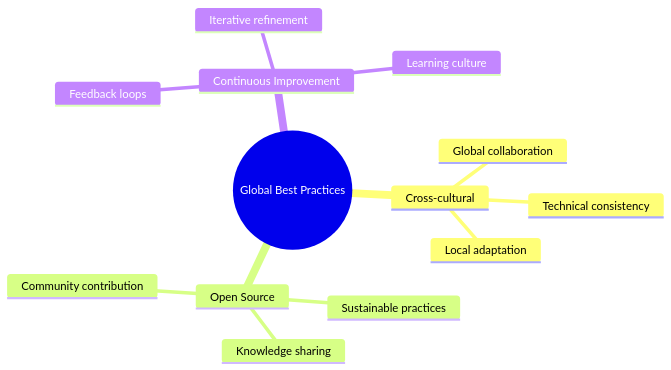
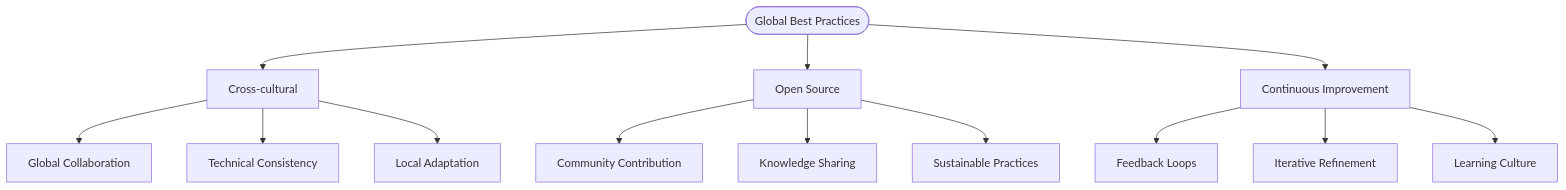
Before and after one commit to Geonitab/architecture_as_code: the diagram in docs/images/mindmap_22e_global_practices.mmd, drawn with Mermaid. The commit also changed 31 other files, not shown here.

First line of the commit message:
Improve diagram readability: convert mindmaps to graph TD, redesign key diagrams

```diff
--- a/docs/images/mindmap_22e_global_practices.mmd
+++ b/docs/images/mindmap_22e_global_practices.mmd
@@ -1,14 +1,14 @@
-mindmap
-  root((Global Best Practices))
-    Cross-cultural
-      Global collaboration
-      Technical consistency
-      Local adaptation
-    Open Source
-      Community contribution
-      Knowledge sharing
-      Sustainable practices
-    Continuous Improvement
-      Feedback loops
-      Iterative refinement
-      Learning culture
+graph TD
+    ROOT(["Global Best Practices"])
+    ROOT --> CC["Cross-cultural"]
+    ROOT --> OS["Open Source"]
+    ROOT --> CI["Continuous Improvement"]
+    CC --> CC1["Global Collaboration"]
+    CC --> CC2["Technical Consistency"]
+    CC --> CC3["Local Adaptation"]
+    OS --> OS1["Community Contribution"]
+    OS --> OS2["Knowledge Sharing"]
+    OS --> OS3["Sustainable Practices"]
+    CI --> CI1["Feedback Loops"]
+    CI --> CI2["Iterative Refinement"]
+    CI --> CI3["Learning Culture"]
```
